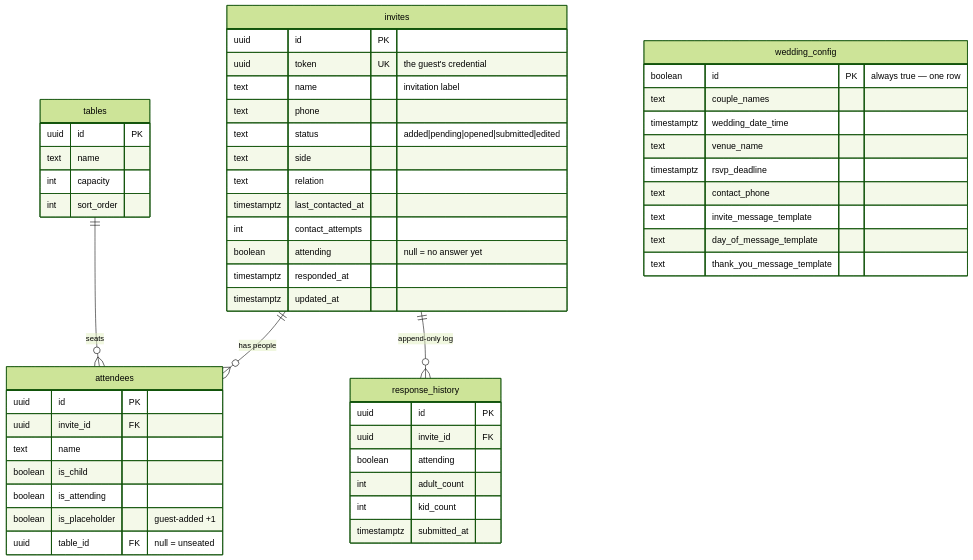
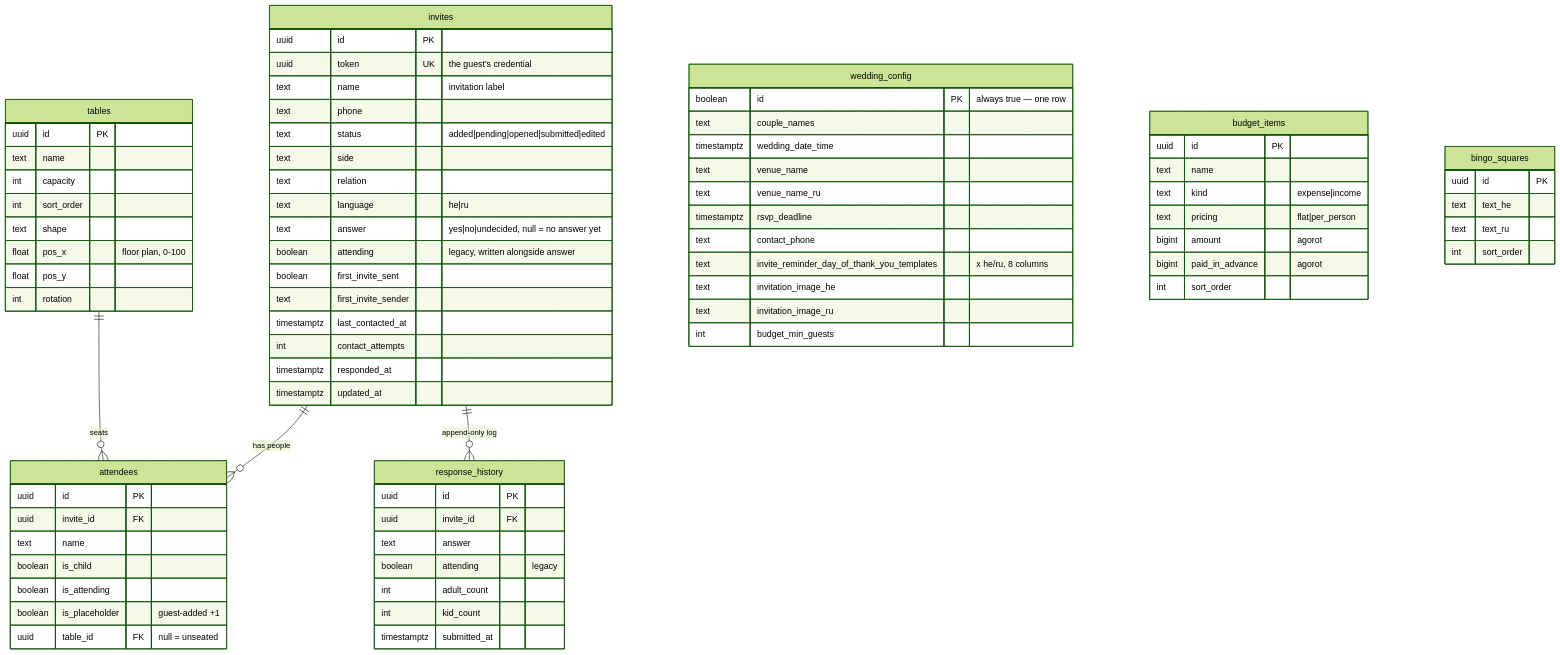
Before and after one commit to DmitriPer/weddingRsvp: the sixth of 7 diagrams in docs/architecture.md, drawn with Mermaid (forest theme). The commit also changed other lines of this file and 22 other files, not shown here.

First line of the commit message:
Docs catch-up: statuses, progress, setup, architecture, CLAUDE.md

````diff
--- a/docs/architecture.md
+++ b/docs/architecture.md
@@ -259,55 +313,81 @@
 ```mermaid
 erDiagram
     invites ||--o{ attendees : "has people"
     invites ||--o{ response_history : "append-only log"
     tables  ||--o{ attendees : "seats"
 
     invites {
         uuid id PK
         uuid token UK "the guest's credential"
         text name "invitation label"
         text phone
         text status "added|pending|opened|submitted|edited"
         text side
         text relation
+        text language "he|ru"
+        text answer "yes|no|undecided, null = no answer yet"
+        boolean attending "legacy, written alongside answer"
+        boolean first_invite_sent
+        text first_invite_sender
         timestamptz last_contacted_at
         int contact_attempts
-        boolean attending "null = no answer yet"
         timestamptz responded_at
         timestamptz updated_at
     }
     attendees {
         uuid id PK
         uuid invite_id FK
         text name
         boolean is_child
         boolean is_attending
         boolean is_placeholder "guest-added +1"
         uuid table_id FK "null = unseated"
     }
     tables {
         uuid id PK
         text name
         int capacity
         int sort_order
+        text shape
+        float pos_x "floor plan, 0-100"
+        float pos_y
+        int rotation
     }
     response_history {
         uuid id PK
         uuid invite_id FK
-        boolean attending
+        text answer
+        boolean attending "legacy"
         int adult_count
         int kid_count
         timestamptz submitted_at
     }
     wedding_config {
         boolean id PK "always true — one row"
         text couple_names
         timestamptz wedding_date_time
         text venue_name
+        text venue_name_ru
         timestamptz rsvp_deadline
         text contact_phone
-        text invite_message_template
-        text day_of_message_template
-        text thank_you_message_template
+        text invite_reminder_day_of_thank_you_templates "x he/ru, 8 columns"
+        text invitation_image_he
+        text invitation_image_ru
+        int budget_min_guests
+    }
+    budget_items {
+        uuid id PK
+        text name
+        text kind "expense|income"
+        text pricing "flat|per_person"
+        bigint amount "agorot"
+        bigint paid_in_advance "agorot"
+        int sort_order
+    }
+    bingo_squares {
+        uuid id PK
+        text text_he
+        text text_ru
+        int sort_order
     }
 ```
````
